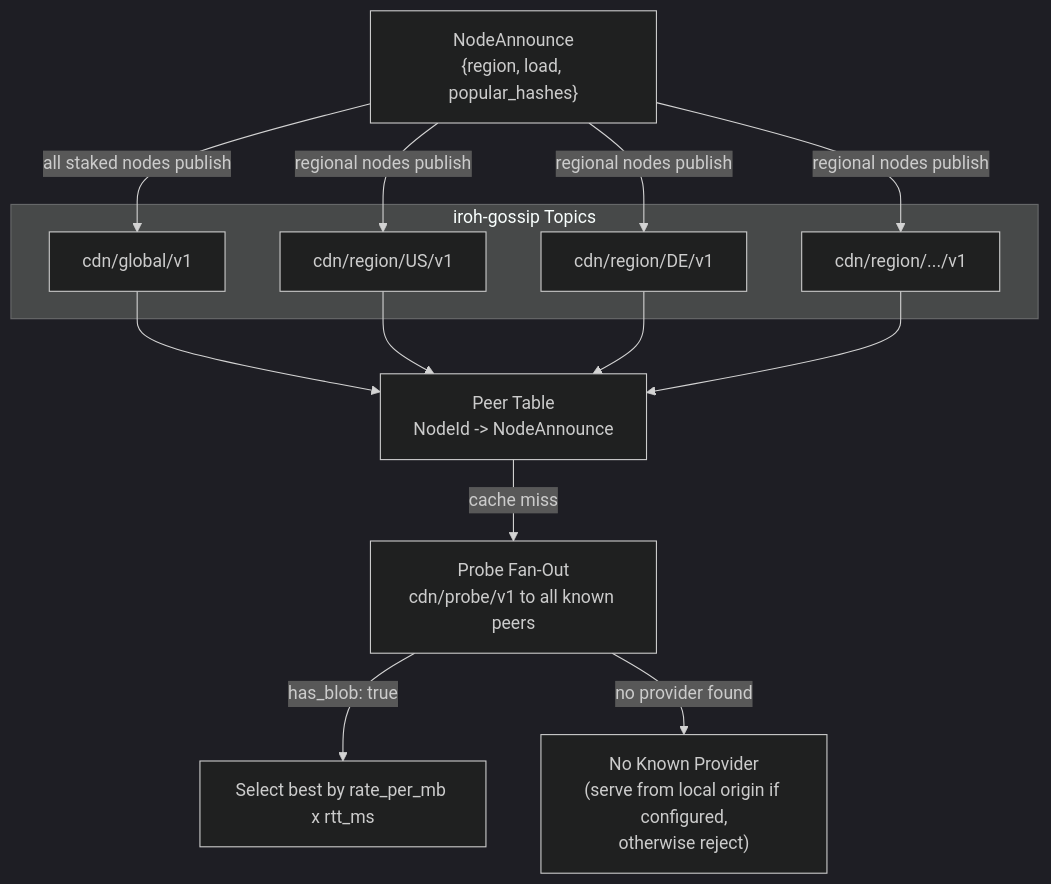
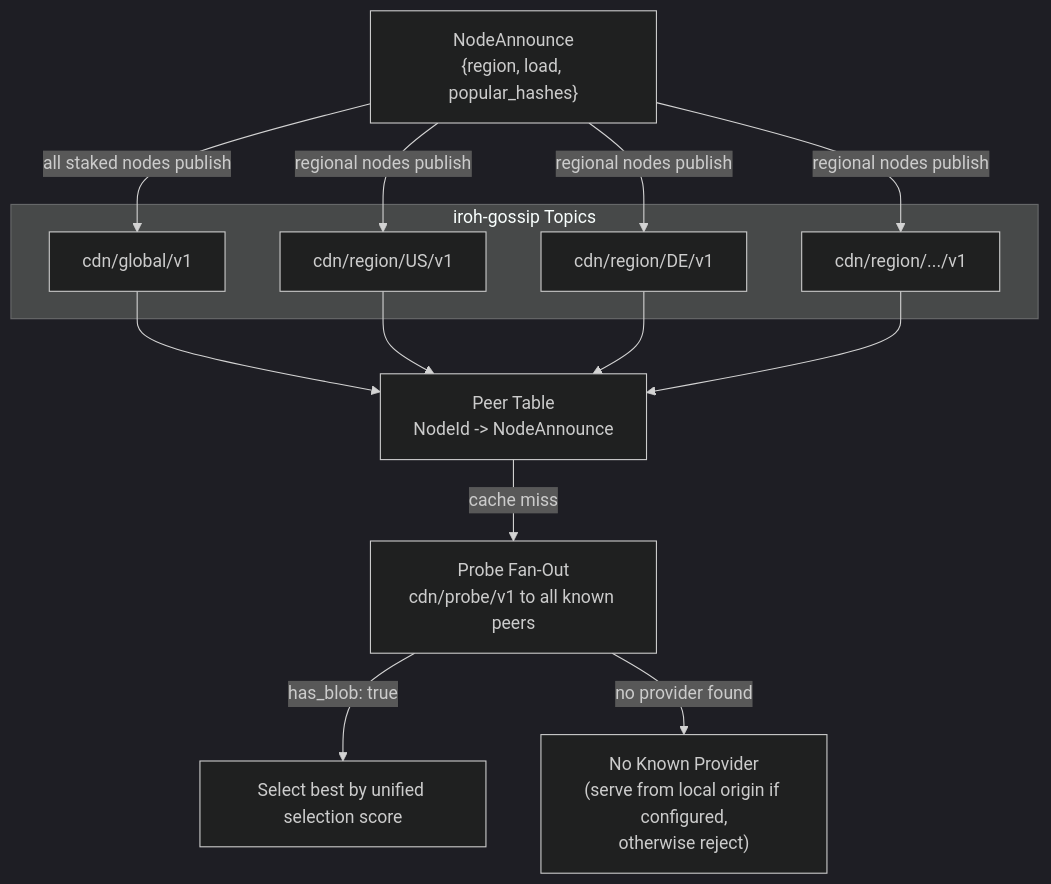
One commit to decdn/decdn changed the diagram in adr/001-network.md. Above: the diagram before and after it, drawn with Mermaid (dark theme). The commit also changed other lines of this file and 6 other files, not shown here.

````diff
--- a/adr/001-network.md
+++ b/adr/001-network.md
@@ -19,25 +19,25 @@
 ```mermaid
 graph TD
     subgraph Topics["iroh-gossip Topics"]
         GLOBAL["cdn/global/v1"]
         REG_US["cdn/region/US/v1"]
         REG_DE["cdn/region/DE/v1"]
         REG_ETC["cdn/region/.../v1"]
     end
 
     NA["NodeAnnounce<br/>{region, load, popular_hashes}"]
 
     NA -->|all staked nodes publish| GLOBAL
     NA -->|regional nodes publish| REG_US
     NA -->|regional nodes publish| REG_DE
     NA -->|regional nodes publish| REG_ETC
 
     GLOBAL --> PT["Peer Table<br/>NodeId -> NodeAnnounce"]
     REG_US --> PT
     REG_DE --> PT
     REG_ETC --> PT
 
     PT -->|cache miss| PROBE["Probe Fan-Out<br/>cdn/probe/v1 to all known peers"]
-    PROBE -->|has_blob: true| SELECT["Select best by rate_per_mb x rtt_ms"]
+    PROBE -->|has_blob: true| SELECT["Select best by unified selection score"]
     PROBE -->|no provider found| MISS["No Known Provider<br/>(serve from local origin if configured,<br/>otherwise reject)"]
 ```
````
